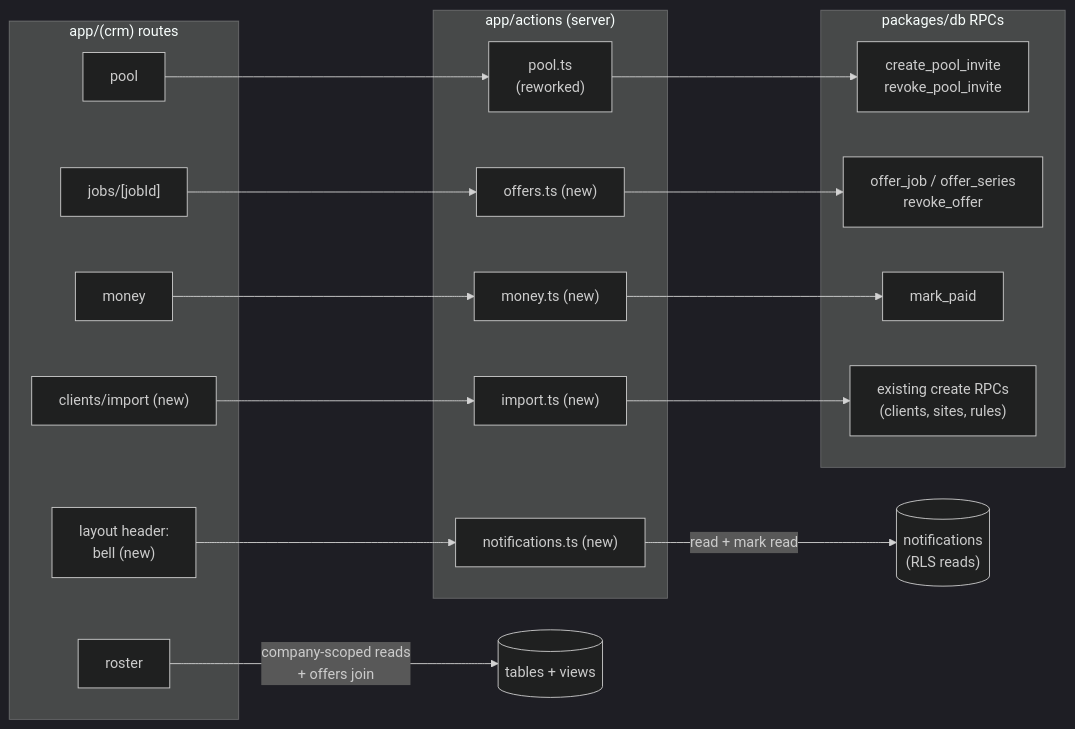
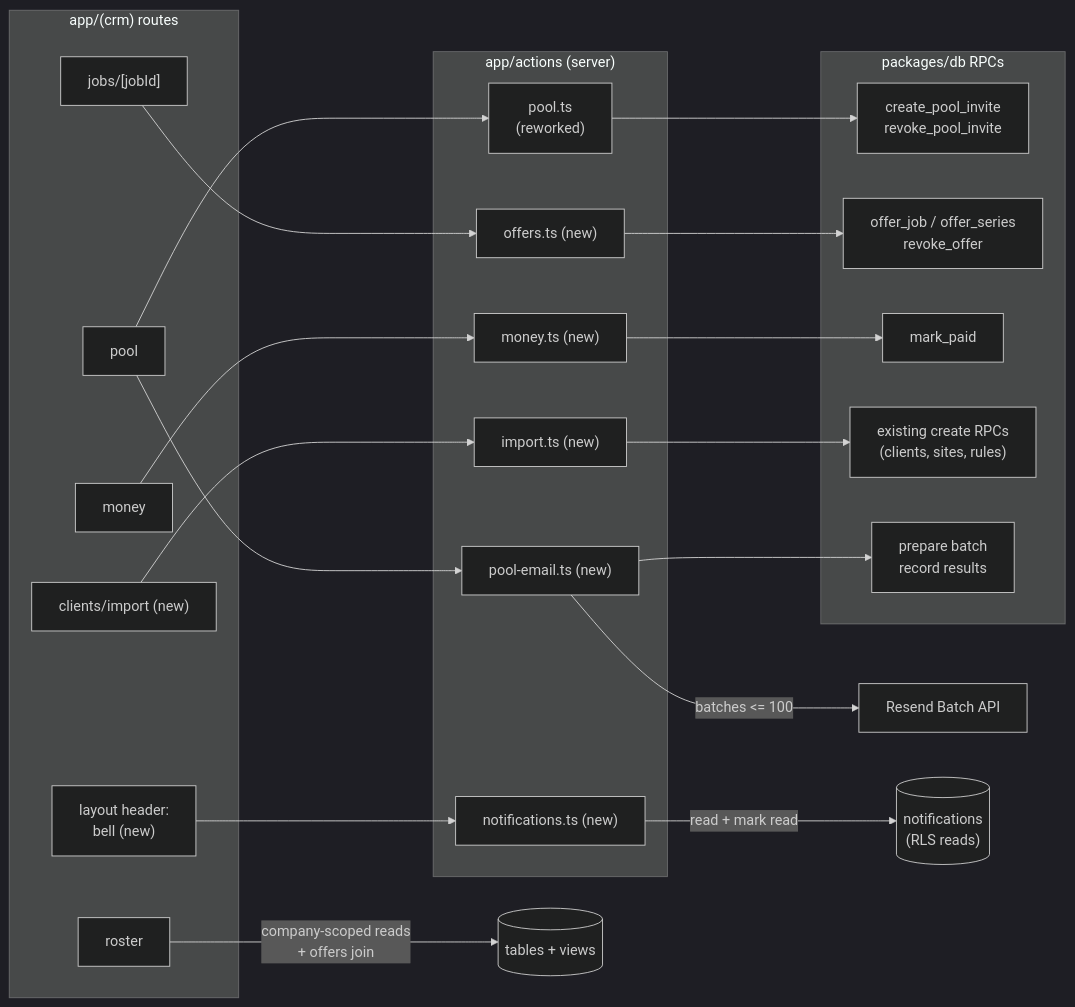
Before and after one commit to lspinheiro/clean_app_crm: the first of 3 diagrams in docs/design/phase-a-adoption/lld-crm.md, drawn with Mermaid (dark theme). The commit also changed other lines of this file and 25 other files, not shown here.

Commit message:
Implement CLE-79 bulk pool email invitations

````diff
--- a/docs/design/phase-a-adoption/lld-crm.md
+++ b/docs/design/phase-a-adoption/lld-crm.md
@@ -28,30 +36,34 @@
 ```mermaid
 flowchart LR
     subgraph routes["app/(crm) routes"]
         RPOOL["pool"]
         RJOB["jobs/[jobId]"]
         RROSTER["roster"]
         RMONEY["money"]
         RIMP["clients/import (new)"]
         RBELL["layout header:<br/>bell (new)"]
     end
     subgraph actions["app/actions (server)"]
         APOOL["pool.ts<br/>(reworked)"]
         AOFF["offers.ts (new)"]
         AMONEY["money.ts (new)"]
         AIMP["import.ts (new)"]
         ANOTIF["notifications.ts (new)"]
+        AEMAIL["pool-email.ts (new)"]
     end
     subgraph rpcs["packages/db RPCs"]
         R1["create_pool_invite<br/>revoke_pool_invite"]
         R2["offer_job / offer_series<br/>revoke_offer"]
         R3["mark_paid"]
         R4["existing create RPCs<br/>(clients, sites, rules)"]
+        R5["prepare batch<br/>record results"]
     end
     RPOOL --> APOOL --> R1
     RJOB --> AOFF --> R2
     RMONEY --> AMONEY --> R3
     RIMP --> AIMP --> R4
+    RPOOL --> AEMAIL --> R5
+    AEMAIL -->|"batches <= 100"| RESEND["Resend Batch API"]
     RBELL --> ANOTIF -->|read + mark read| NDB[("notifications<br/>(RLS reads)")]
     RROSTER -->|company-scoped reads<br/>+ offers join| VDB[("tables + views")]
 ```
````
